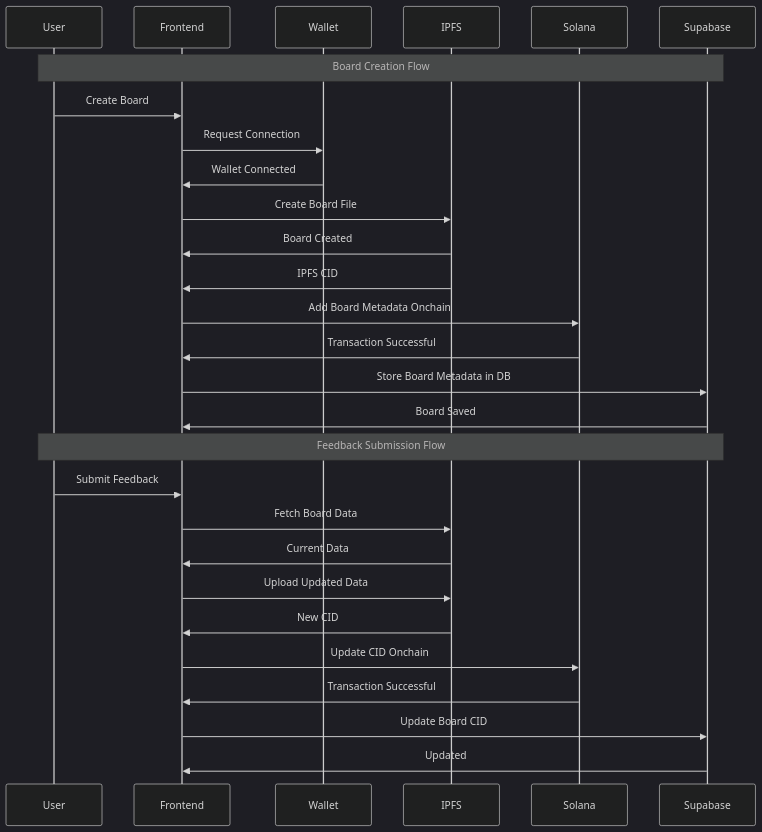
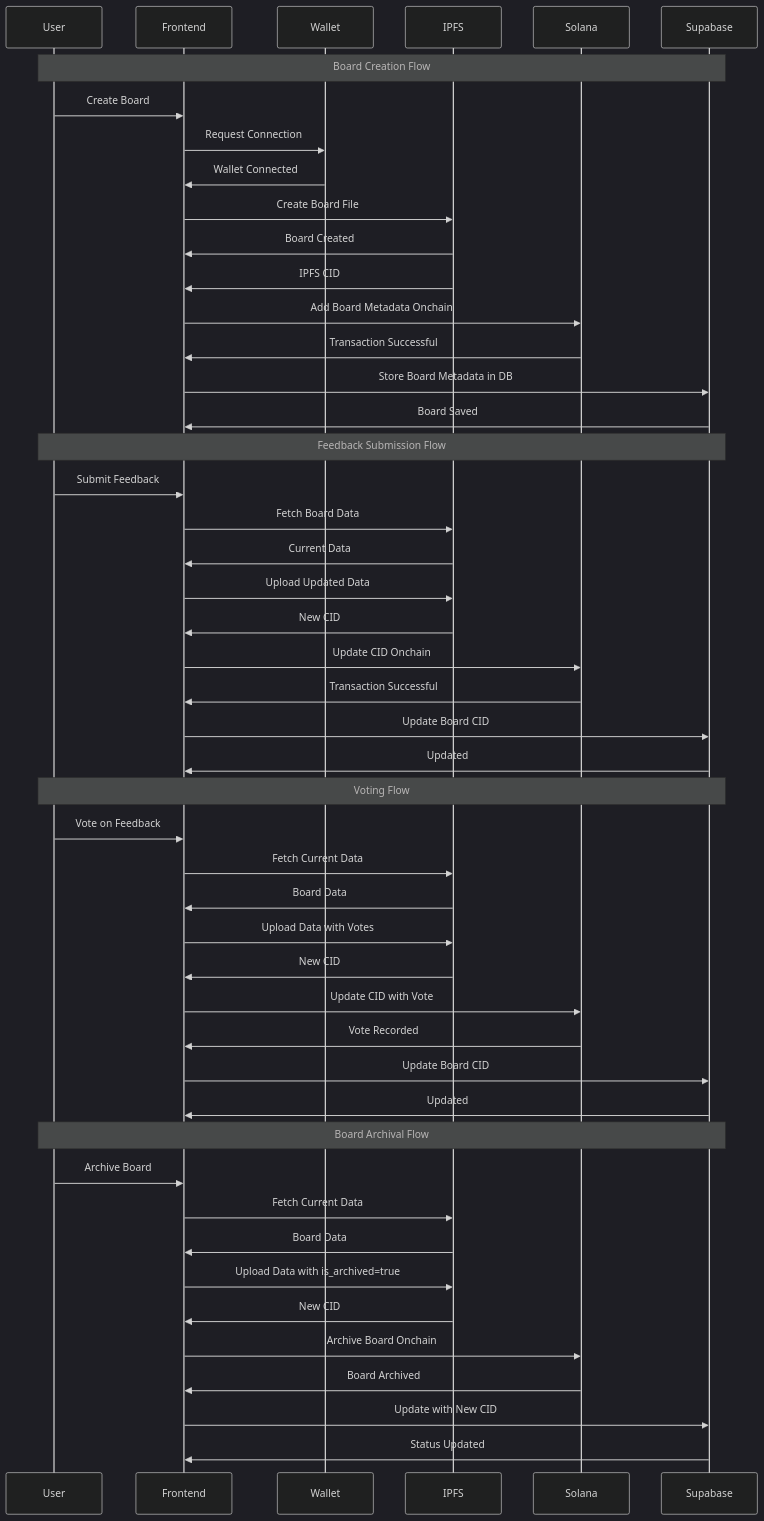
Before and after one commit to 0xsouravm/feedana-ui: the second of 2 diagrams in README.md, drawn with Mermaid (dark theme). The commit also changed other lines of this file and 7 other files, not shown here.

````diff
--- a/README.md
+++ b/README.md
@@ -114,32 +126,54 @@
 ```mermaid
 sequenceDiagram
     participant User
     participant Frontend
     participant Wallet
     participant IPFS
     participant Solana
     participant Supabase
     
     Note over User, Supabase: Board Creation Flow
     User->>Frontend: Create Board
     Frontend->>Wallet: Request Connection
     Wallet->>Frontend: Wallet Connected
     Frontend->>IPFS: Create Board File
     IPFS->>Frontend: Board Created
     IPFS->>Frontend: IPFS CID
     Frontend->>Solana: Add Board Metadata Onchain
     Solana->>Frontend: Transaction Successful
     Frontend->>Supabase: Store Board Metadata in DB
     Supabase->>Frontend: Board Saved
     
     Note over User, Supabase: Feedback Submission Flow
     User->>Frontend: Submit Feedback
     Frontend->>IPFS: Fetch Board Data
     IPFS->>Frontend: Current Data
     Frontend->>IPFS: Upload Updated Data
     IPFS->>Frontend: New CID
     Frontend->>Solana: Update CID Onchain
     Solana->>Frontend: Transaction Successful
     Frontend->>Supabase: Update Board CID
     Supabase->>Frontend: Updated
+    
+    Note over User, Supabase: Voting Flow
+    User->>Frontend: Vote on Feedback
+    Frontend->>IPFS: Fetch Current Data
+    IPFS->>Frontend: Board Data
+    Frontend->>IPFS: Upload Data with Votes
+    IPFS->>Frontend: New CID
+    Frontend->>Solana: Update CID with Vote
+    Solana->>Frontend: Vote Recorded
+    Frontend->>Supabase: Update Board CID
+    Supabase->>Frontend: Updated
+    
+    Note over User, Supabase: Board Archival Flow
+    User->>Frontend: Archive Board
+    Frontend->>IPFS: Fetch Current Data
+    IPFS->>Frontend: Board Data
+    Frontend->>IPFS: Upload Data with is_archived=true
+    IPFS->>Frontend: New CID
+    Frontend->>Solana: Archive Board Onchain
+    Solana->>Frontend: Board Archived
+    Frontend->>Supabase: Update with New CID
+    Supabase->>Frontend: Status Updated
 ```
````
